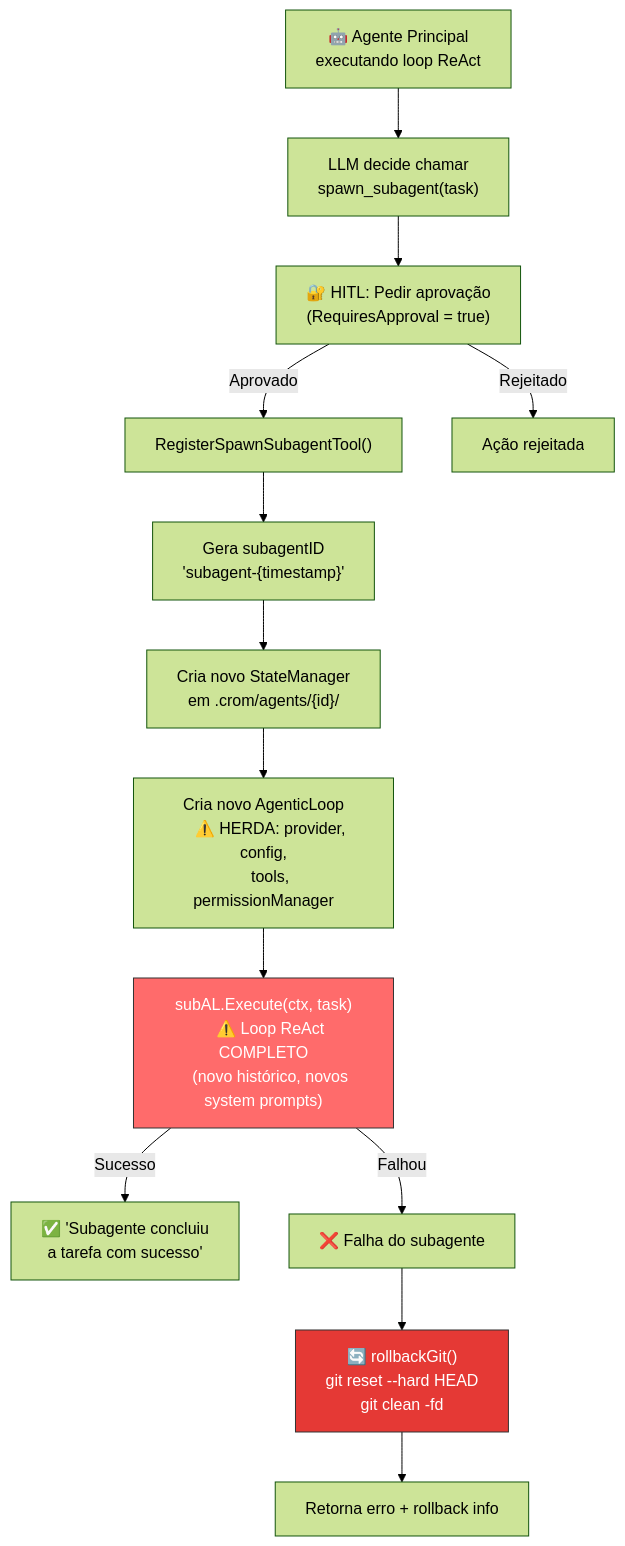
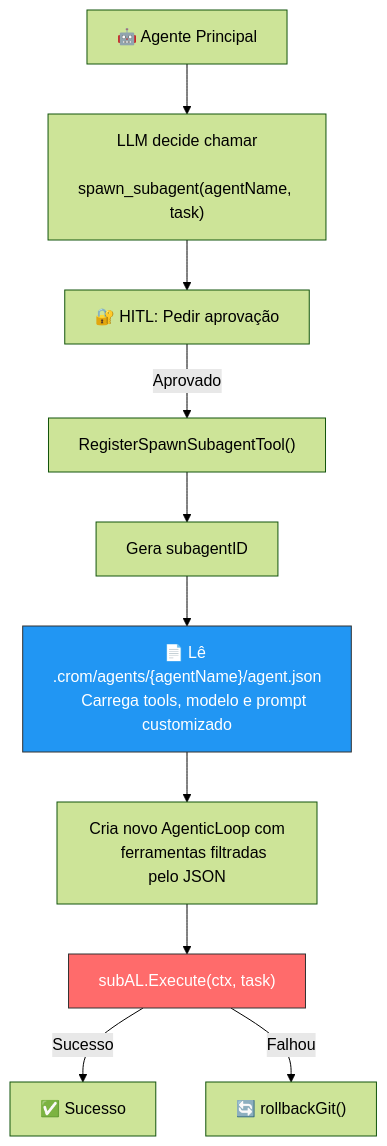
Before and after one commit to MrJc01/crom-agente: the second of 3 diagrams in docs/architecture_analysis.md, drawn with Mermaid (forest theme). The commit also changed other lines of this file and 9 other files, not shown here.

Commit message:
refactor: migrate hardcoded system prompts to dynamic config-based PromptManager and integrate iteration logging into state management

````diff
--- a/docs/architecture_analysis.md
+++ b/docs/architecture_analysis.md
@@ -132,39 +100,25 @@
 ```mermaid
 flowchart TD
-    AGENT["🤖 Agente Principal
-    executando loop ReAct"] --> DECIDES["LLM decide chamar
-    spawn_subagent(task)"]
+    AGENT["🤖 Agente Principal"] --> DECIDES["LLM decide chamar
+    spawn_subagent(agentName, task)"]
     
-    DECIDES --> HITL["🔐 HITL: Pedir aprovação
-    (RequiresApproval = true)"]
+    DECIDES --> HITL["🔐 HITL: Pedir aprovação"]
     
     HITL -->|Aprovado| CREATE["RegisterSpawnSubagentTool()"]
-    HITL -->|Rejeitado| DENIED["Ação rejeitada"]
     
-    CREATE --> GEN_ID["Gera subagentID
-    'subagent-{timestamp}'"]
+    CREATE --> GEN_ID["Gera subagentID"]
     
-    GEN_ID --> NEW_SM["Cria novo StateManager
-    em .crom/agents/{id}/"]
+    GEN_ID --> PARSE_JSON["📄 Lê .crom/agents/{agentName}/agent.json
+    Carrega tools, modelo e prompt customizado"]
     
-    NEW_SM --> NEW_LOOP["Cria novo AgenticLoop
-    ⚠️ HERDA: provider, config,
-    tools, permissionManager"]
+    PARSE_JSON --> NEW_LOOP["Cria novo AgenticLoop com
+    ferramentas filtradas pelo JSON"]
     
-    NEW_LOOP --> SUB_EXEC["subAL.Execute(ctx, task)
-    ⚠️ Loop ReAct COMPLETO
-    (novo histórico, novos system prompts)"]
+    NEW_LOOP --> SUB_EXEC["subAL.Execute(ctx, task)"]
     
-    SUB_EXEC -->|Sucesso| SUB_OK["✅ 'Subagente concluiu
-    a tarefa com sucesso'"]
+    SUB_EXEC -->|Sucesso| SUB_OK["✅ Sucesso"]
+    SUB_EXEC -->|Falhou| ROLLBACK["🔄 rollbackGit()"]
     
-    SUB_EXEC -->|Falhou| SUB_FAIL["❌ Falha do subagente"]
-    SUB_FAIL --> ROLLBACK["🔄 rollbackGit()
-    git reset --hard HEAD
-    git clean -fd"]
-    
-    ROLLBACK --> SUB_ERR["Retorna erro + rollback info"]
-    
+    style PARSE_JSON fill:#2196f3,stroke:#333,color:#fff
     style SUB_EXEC fill:#ff6b6b,stroke:#333,color:#fff
-    style ROLLBACK fill:#e53935,stroke:#333,color:#fff
 ```
````
